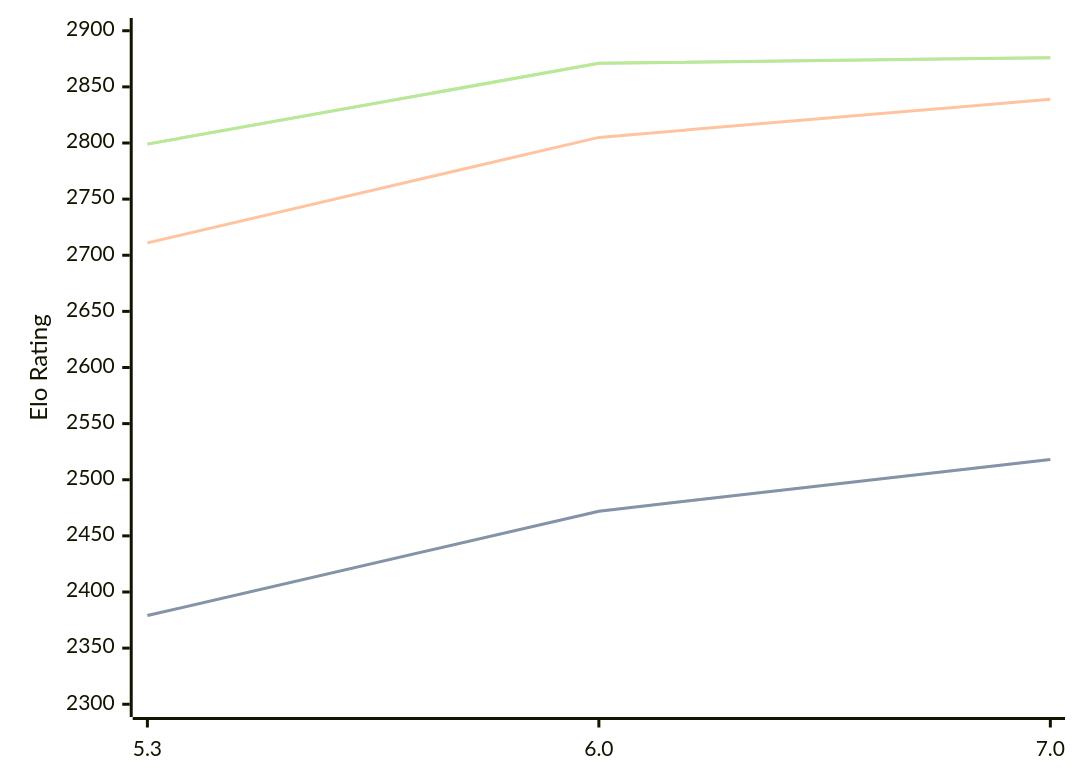
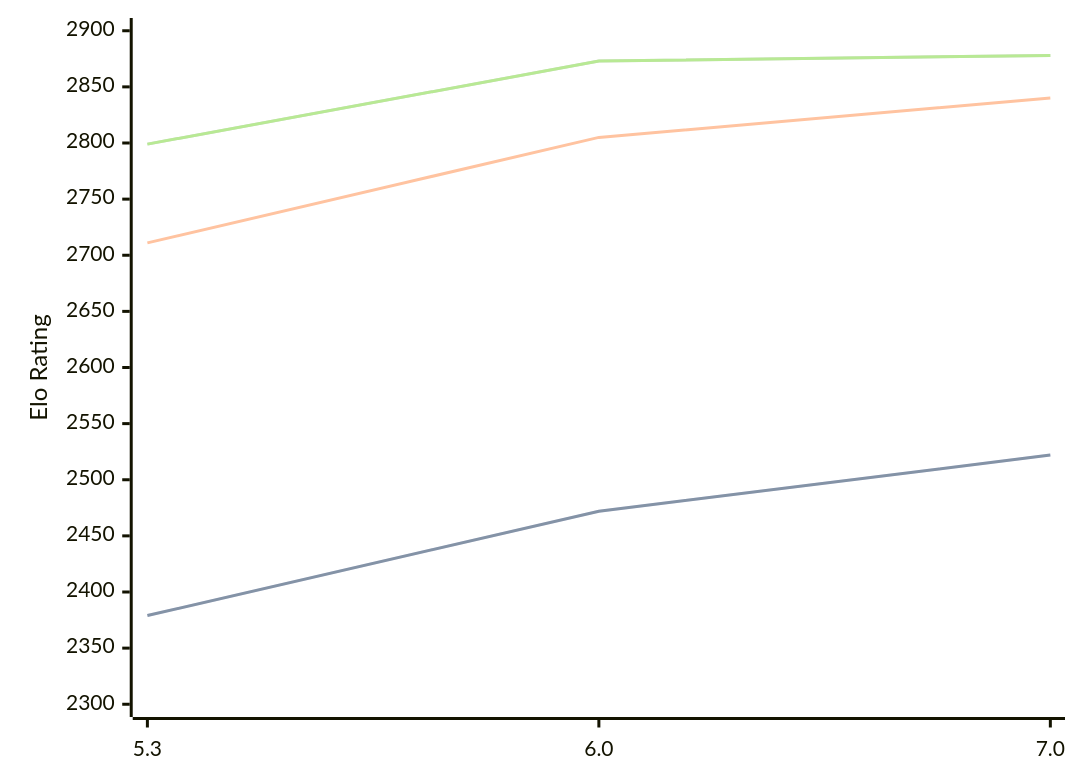
Before and after one commit to computer-chess-index/cci: the diagram in engines/tomitankChess.md, drawn with Mermaid. The commit also changed other lines of this file, not shown here.

Commit message:
Update CCI Ratings (ELO VLTC) - 2026-07-26

````diff
--- a/engines/tomitankChess.md
+++ b/engines/tomitankChess.md
@@ -41,11 +41,11 @@
 ```mermaid
 %%{init: {"theme":"base","themeVariables":{"seriesColors:['#a3a3a3','#222221','#faa371']}}}%%
 xychart-beta
   x-axis ["5.3", "6.0", "7.0"]
   y-axis "Elo Rating" 2300 --> 2900
-  line "STC (8.0+0.08s)" [2379, 2472, 2518]
-  line "STC (8.0+0.08s)" [2379, 2472, 2518]
-  line "LTC (60.0+0.60s)" [2711, 2805, 2839]
-  line "VLTC (2m24s+1.12s)" [2799, 2871, 2876]
-  line "VLTC (2m24s+1.12s)" [2799, 2871, 2876]
+  line "STC (8.0+0.08s)" [2379, 2472, 2522]
+  line "STC (8.0+0.08s)" [2379, 2472, 2522]
+  line "LTC (60.0+0.60s)" [2711, 2805, 2840]
+  line "VLTC (2m24s+1.12s)" [2799, 2873, 2878]
+  line "VLTC (2m24s+1.12s)" [2799, 2873, 2878]
 ```
````
